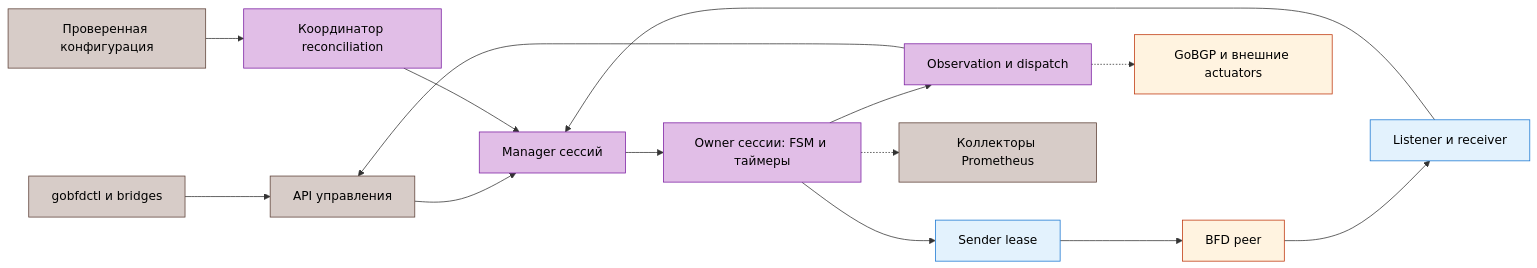
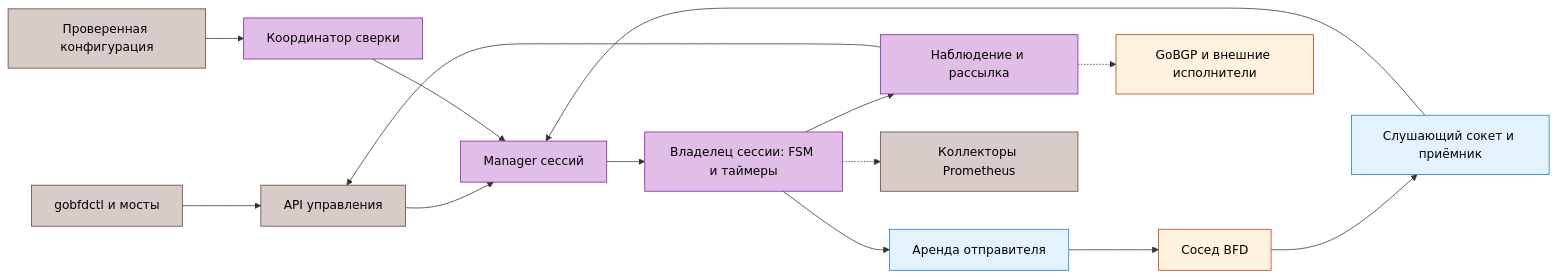
The first of 3 diagrams in docs/ru/01-architecture.md (dantte-lp/gobfd), drawn with Mermaid before and after one commit. The commit also changed other lines of this file and 52 other files, not shown here.

````diff
--- a/docs/ru/01-architecture.md
+++ b/docs/ru/01-architecture.md
@@ -7,20 +7,20 @@
 ```mermaid
 flowchart LR
-    cli["gobfdctl и bridges"]:::mgt --> rpc["API управления"]:::mgt
-    cfg["Проверенная конфигурация"]:::mgt --> rec["Координатор reconciliation"]:::srv
+    cli["gobfdctl и мосты"]:::mgt --> rpc["API управления"]:::mgt
+    cfg["Проверенная конфигурация"]:::mgt --> rec["Координатор сверки"]:::srv
     rpc --> mgr["Manager сессий"]:::srv
     rec --> mgr
-    peer["BFD peer"]:::brt --> rx["Listener и receiver"]:::leaf
+    peer["Сосед BFD"]:::brt --> rx["Слушающий сокет и приёмник"]:::leaf
     rx --> mgr
-    mgr --> owner["Owner сессии: FSM и таймеры"]:::srv
-    owner --> tx["Sender lease"]:::leaf
+    mgr --> owner["Владелец сессии: FSM и таймеры"]:::srv
+    owner --> tx["Аренда отправителя"]:::leaf
     tx --> peer
-    owner --> events["Observation и dispatch"]:::srv
+    owner --> events["Наблюдение и рассылка"]:::srv
     events --> rpc
-    events -.-> act["GoBGP и внешние actuators"]:::brt
+    events -.-> act["GoBGP и внешние исполнители"]:::brt
     owner -.-> met["Коллекторы Prometheus"]:::mgt
     classDef srv fill:#e1bee7,stroke:#7b1fa2,color:#000
     classDef mgt fill:#d7ccc8,stroke:#5d4037,color:#000
     classDef leaf fill:#e3f2fd,stroke:#1976d2,color:#000
     classDef brt fill:#fff3e0,stroke:#bf360c,color:#000
 ```
````
